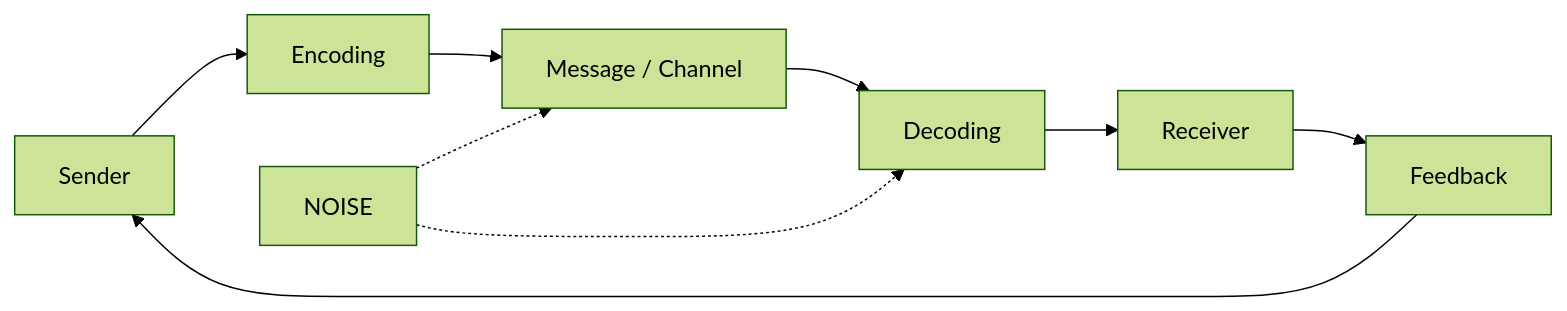
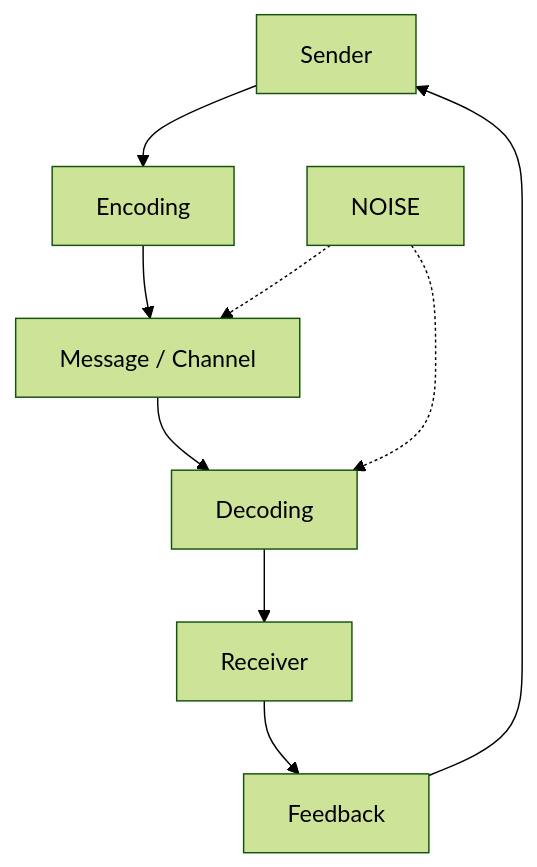
The diagram in MMPC007/Q1.md (Shxmeem/assignments), drawn with Mermaid (forest theme) before and after one commit.

Commit message:
Revise communication flowchart in Q1.md
Updated communication flowchart to improve clarity.

````diff
--- a/MMPC007/Q1.md
+++ b/MMPC007/Q1.md
@@ -11,11 +11,11 @@
 ```mermaid
-flowchart LR
+flowchart TD
     S[Sender] --> E[Encoding]
     E --> M[Message / Channel]
     M --> D[Decoding]
     D --> R[Receiver]
     N[NOISE] -.-> M
     N -.-> D
     R --> F[Feedback]
     F --> S
 ```
````
